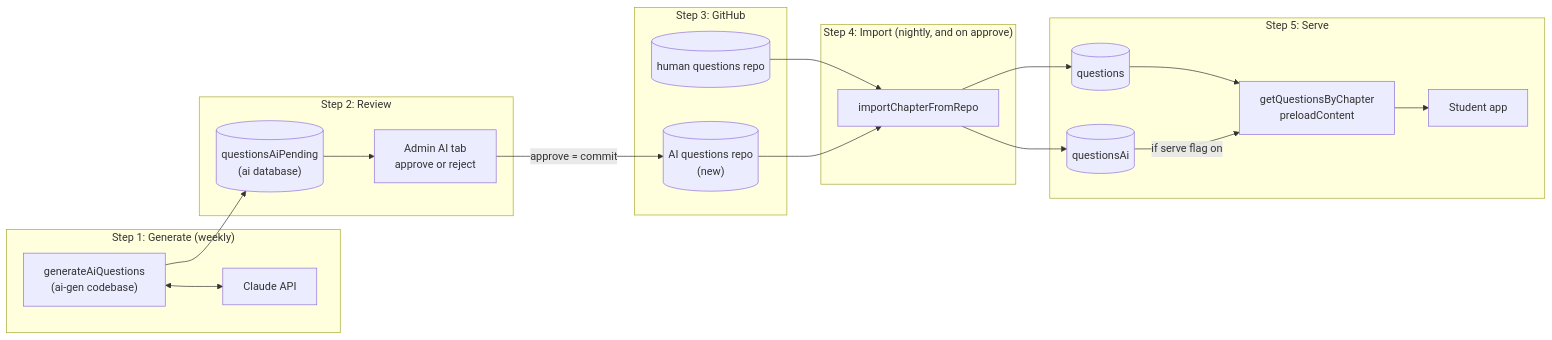
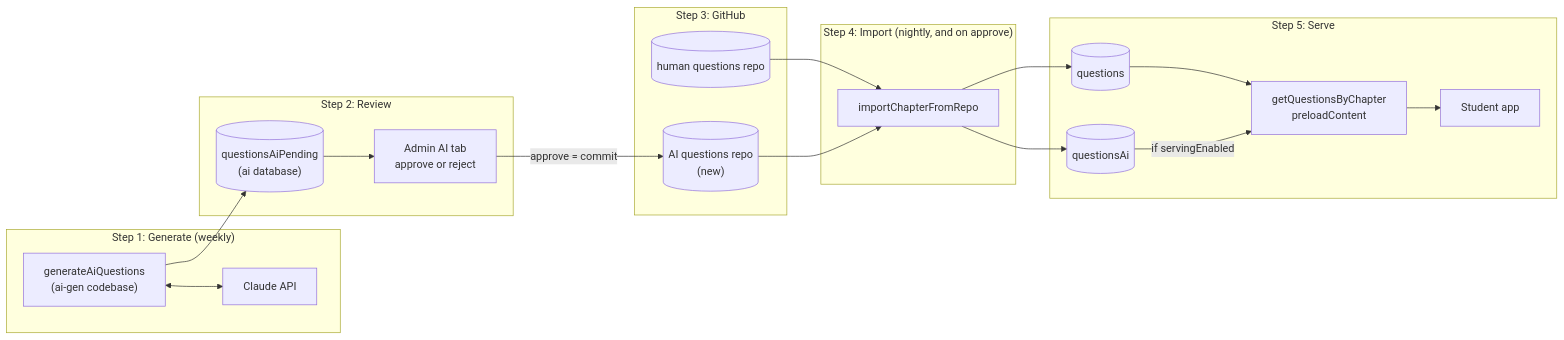
Before and after one commit to alexmcdermid/real-estate-quest: the first of 5 diagrams in docs/ai-question-flow.md, drawn with Mermaid. The commit also changed other lines of this file, not shown here.

Commit message:
docs: match the AI question flow doc to the implementation

````diff
--- a/docs/ai-question-flow.md
+++ b/docs/ai-question-flow.md
@@ -45,36 +45,36 @@
 ```mermaid
 flowchart LR
   subgraph GEN["Step 1: Generate (weekly)"]
     G["generateAiQuestions<br/>(ai-gen codebase)"] <--> CL["Claude API"]
   end
 
   subgraph REV["Step 2: Review"]
     QP[("questionsAiPending<br/>(ai database)")] --> ADM["Admin AI tab<br/>approve or reject"]
   end
 
   subgraph SOT["Step 3: GitHub"]
     HR[("human questions repo")]
     AR[("AI questions repo<br/>(new)")]
   end
 
   subgraph IMP["Step 4: Import (nightly, and on approve)"]
     I["importChapterFromRepo"]
   end
 
   subgraph SRV["Step 5: Serve"]
     Q[("questions")]
     QA[("questionsAi")]
     API["getQuestionsByChapter<br/>preloadContent"]
     STU["Student app"]
     Q --> API
-    QA -- "if serve flag on" --> API
+    QA -- "if servingEnabled" --> API
     API --> STU
   end
 
   G --> QP
   ADM -- "approve = commit" --> AR
   HR --> I
   AR --> I
   I --> Q
   I --> QA
 ```
````
